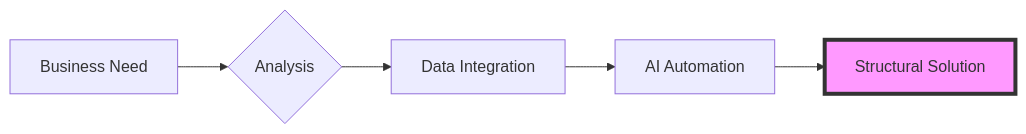
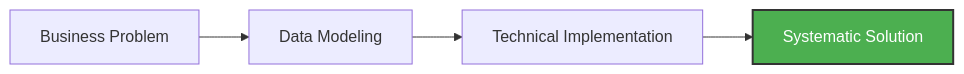
One commit to welltilln/welltilln changed the diagram in README.md. Above: the diagram before and after it, drawn with Mermaid. The commit also changed other lines of this file, not shown here.

````diff
--- a/README.md
+++ b/README.md
@@ -122,9 +80,7 @@
 ```mermaid
 graph LR
-    A[Business Need] --> B{Analysis}
-    B --> C[Data Integration]
-    C --> D[AI Automation]
-    D --> E[Structural Solution]
-    
-    style E fill:#f9f,stroke:#333,stroke-width:4px
+    A[Business Problem] --> B[Data Modeling]
+    B --> C[Technical Implementation]
+    C --> D[Systematic Solution]
+    style D fill:#4CAF50,stroke:#333,stroke-width:2px,color:#fff
 ```
````
